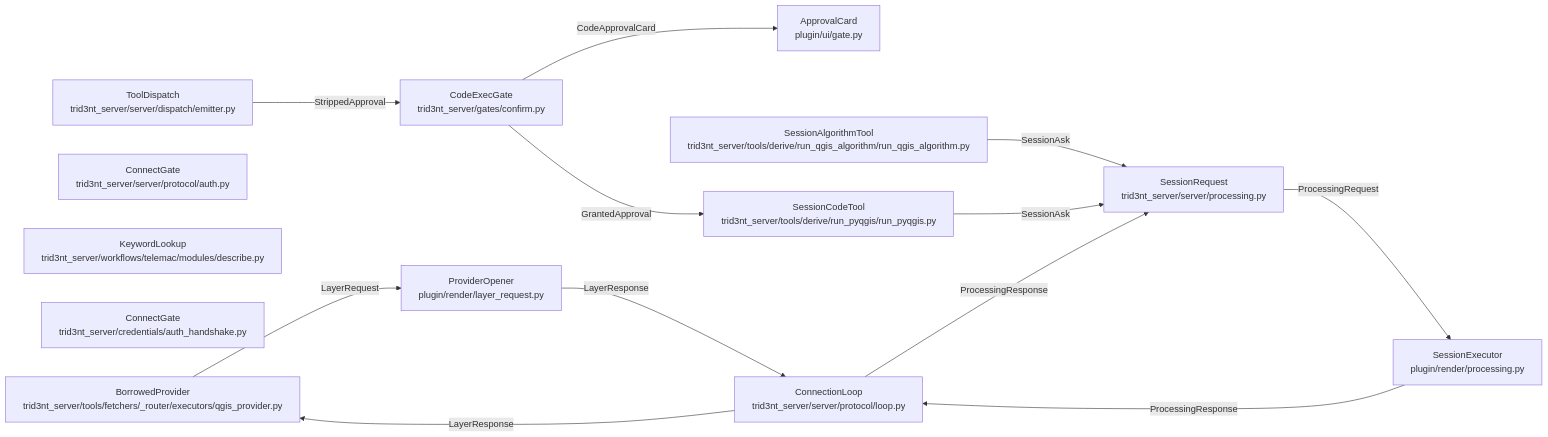
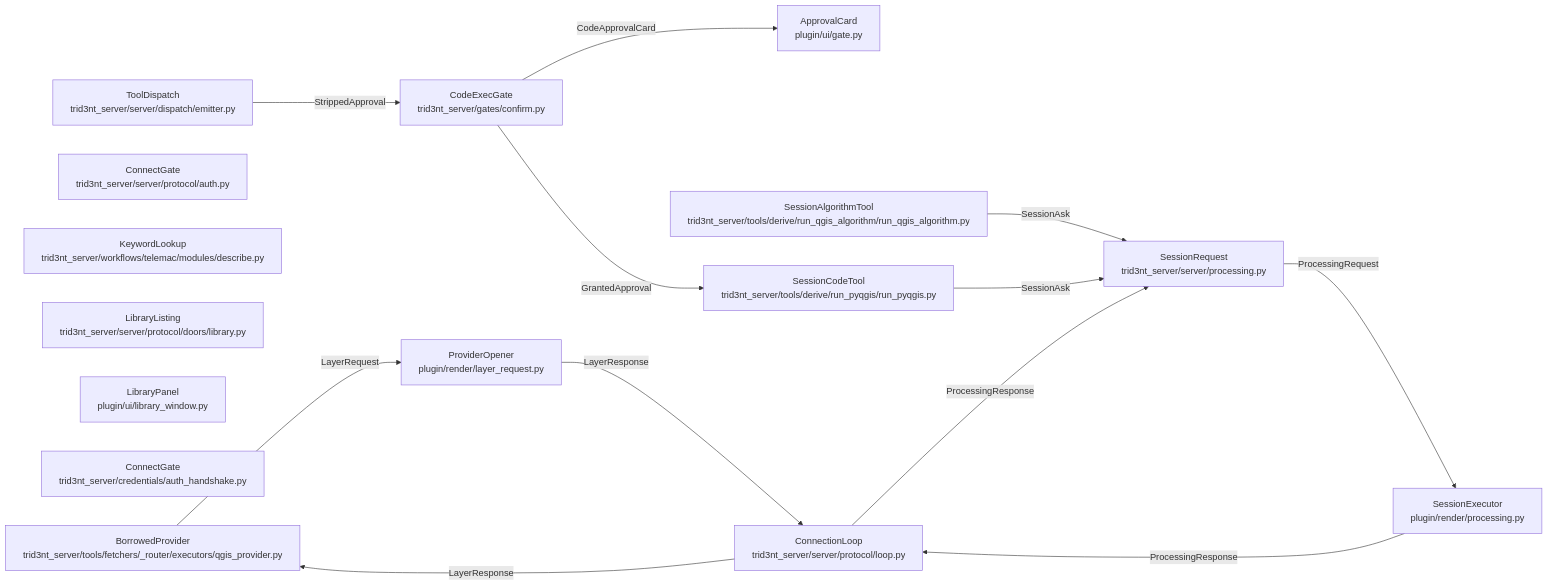
One commit to double-r-squared/trid3nt-qgis-plugin changed the diagram in docs/model/tool-plane-view.md. Above: the diagram before and after it, drawn with Mermaid. The commit also changed other lines of this file and 2 other files, not shown here.

Commit message:
model: the library seam is bound, so the checker can bite it
The listing over the two registries and the panel that reads it were bound
nowhere, which is the one thing the checker cannot catch. The tool plane now
carries both blocks and the requirement they satisfy - registered tools once
under one subsystem, source rows under the class and kind they declare, one ask
over both facets, no score on a row, the server order kept by the panel -
verified by the routes tests and the panel tests.

Claude-Session: https://claude.ai/code/session_011wCduZ7TyoMtpZoGZfh2Rw

````diff
--- a/docs/model/tool-plane-view.md
+++ b/docs/model/tool-plane-view.md
@@ -9,27 +9,29 @@
 ```mermaid
 flowchart LR
     approvalCard["ApprovalCard<br/>plugin/ui/gate.py"]
     borrowedProvider["BorrowedProvider<br/>trid3nt_server/tools/fetchers/_router/executors/qgis_provider.py"]
     codeExecGate["CodeExecGate<br/>trid3nt_server/gates/confirm.py"]
     connectGate["ConnectGate<br/>trid3nt_server/server/protocol/auth.py"]
     connectionLoop["ConnectionLoop<br/>trid3nt_server/server/protocol/loop.py"]
     keywordLookup["KeywordLookup<br/>trid3nt_server/workflows/telemac/modules/describe.py"]
+    libraryListing["LibraryListing<br/>trid3nt_server/server/protocol/doors/library.py"]
+    libraryPanel["LibraryPanel<br/>plugin/ui/library_window.py"]
     mintedToken["ConnectGate<br/>trid3nt_server/credentials/auth_handshake.py"]
     providerOpener["ProviderOpener<br/>plugin/render/layer_request.py"]
     runPyqgis["SessionCodeTool<br/>trid3nt_server/tools/derive/run_pyqgis/run_pyqgis.py"]
     runQgisAlgorithm["SessionAlgorithmTool<br/>trid3nt_server/tools/derive/run_qgis_algorithm/run_qgis_algorithm.py"]
     sessionExecutor["SessionExecutor<br/>plugin/render/processing.py"]
     sessionRequest["SessionRequest<br/>trid3nt_server/server/processing.py"]
     toolDispatch["ToolDispatch<br/>trid3nt_server/server/dispatch/emitter.py"]
     runQgisAlgorithm -- "SessionAsk" --> sessionRequest
     codeExecGate -- "GrantedApproval" --> runPyqgis
     toolDispatch -- "StrippedApproval" --> codeExecGate
     codeExecGate -- "CodeApprovalCard" --> approvalCard
     runPyqgis -- "SessionAsk" --> sessionRequest
     providerOpener -- "LayerResponse" --> connectionLoop
     borrowedProvider -- "LayerRequest" --> providerOpener
     connectionLoop -- "LayerResponse" --> borrowedProvider
     sessionRequest -- "ProcessingRequest" --> sessionExecutor
     sessionExecutor -- "ProcessingResponse" --> connectionLoop
     connectionLoop -- "ProcessingResponse" --> sessionRequest
 ```
````
